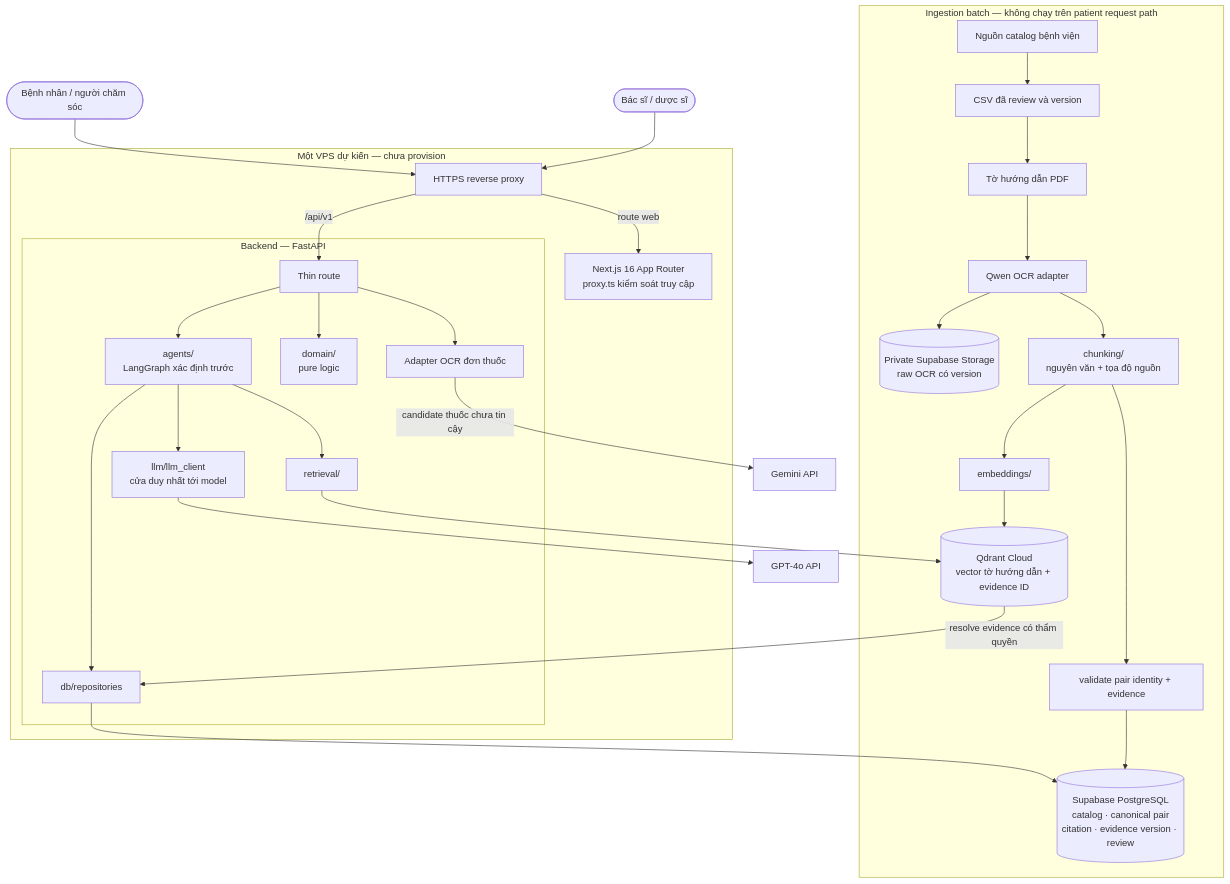
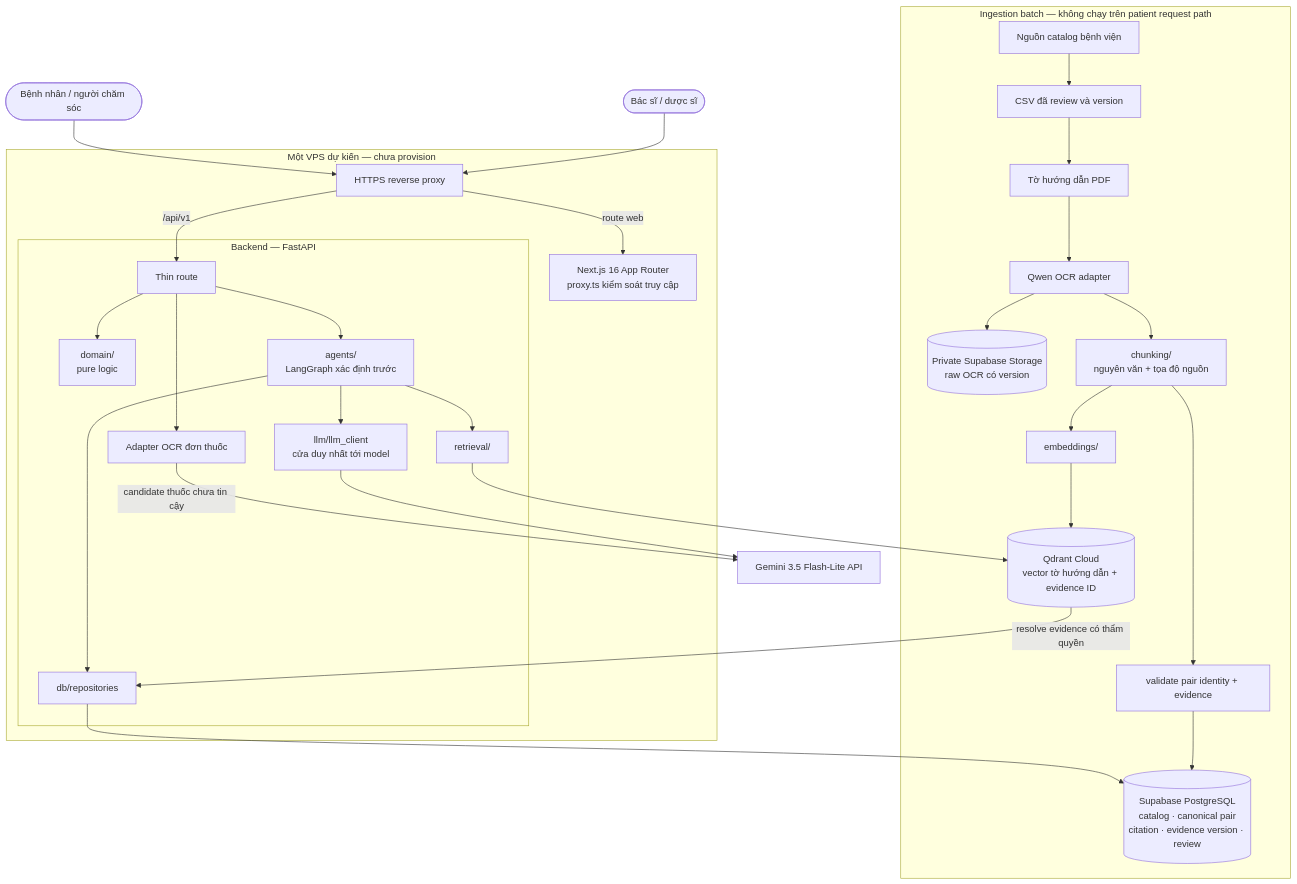
One commit to wallowxD/P054-MediGuard changed the first of 3 diagrams in docs/architecture_diagram.md. Above: the diagram before and after it, drawn with Mermaid. The commit also changed other lines of this file and 61 other files, not shown here.

````diff
--- a/docs/architecture_diagram.md
+++ b/docs/architecture_diagram.md
@@ -8,47 +8,47 @@
 ```mermaid
 flowchart TB
     Patient([Bệnh nhân / người chăm sóc]) --> ReverseProxy
     Pharmacist([Bác sĩ / dược sĩ]) --> ReverseProxy
 
     subgraph VPS["Một VPS dự kiến — chưa provision"]
         ReverseProxy[HTTPS reverse proxy]
         Web[Next.js 16 App Router<br/>proxy.ts kiểm soát truy cập]
         ReverseProxy -->|route web| Web
         ReverseProxy -->|/api/v1| API
 
     subgraph Backend["Backend — FastAPI"]
         API[Thin route]
         PrescriptionOCR[Adapter OCR đơn thuốc]
         Domain[domain/<br/>pure logic]
         Workflow[agents/<br/>LangGraph xác định trước]
         Repo[db/repositories]
         Retr[retrieval/]
         LLM[llm/llm_client<br/>cửa duy nhất tới model]
 
         API --> PrescriptionOCR
         API --> Domain
         API --> Workflow
         Workflow --> Repo
         Workflow --> Retr
         Workflow --> LLM
     end
     end
 
     PrescriptionOCR -->|candidate thuốc chưa tin cậy| Gemini[Gemini API]
     Repo --> PG[(Supabase PostgreSQL<br/>catalog · canonical pair<br/>citation · evidence version · review)]
     Retr --> Qdrant[(Qdrant Cloud<br/>vector tờ hướng dẫn + evidence ID)]
     Qdrant -->|resolve evidence có thẩm quyền| Repo
-    LLM --> GPT[GPT-4o API]
+    LLM --> Gemini[Gemini 3.5 Flash-Lite API]
 
     subgraph Offline["Ingestion batch — không chạy trên patient request path"]
         Source[Nguồn catalog bệnh viện] --> Stage[CSV đã review và version]
         Stage --> PDFs[Tờ hướng dẫn PDF]
         PDFs --> Qwen[Qwen OCR adapter]
         Qwen --> Raw[(Private Supabase Storage<br/>raw OCR có version)]
         Qwen --> Chunk[chunking/<br/>nguyên văn + tọa độ nguồn]
         Chunk --> Emb[embeddings/]
         Emb --> Qdrant
         Chunk --> Validate[validate pair identity + evidence]
         Validate --> PG
     end
 ```
````
